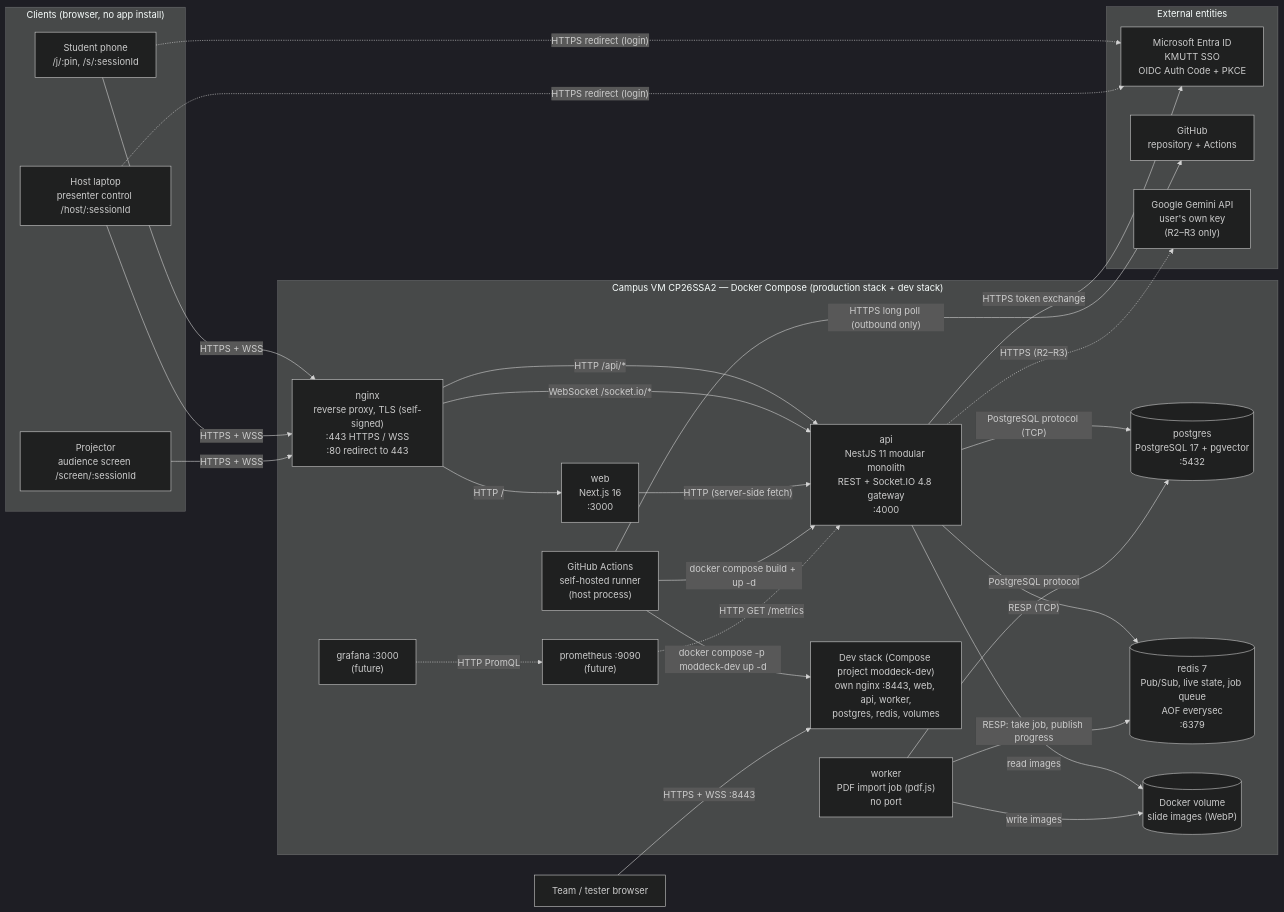
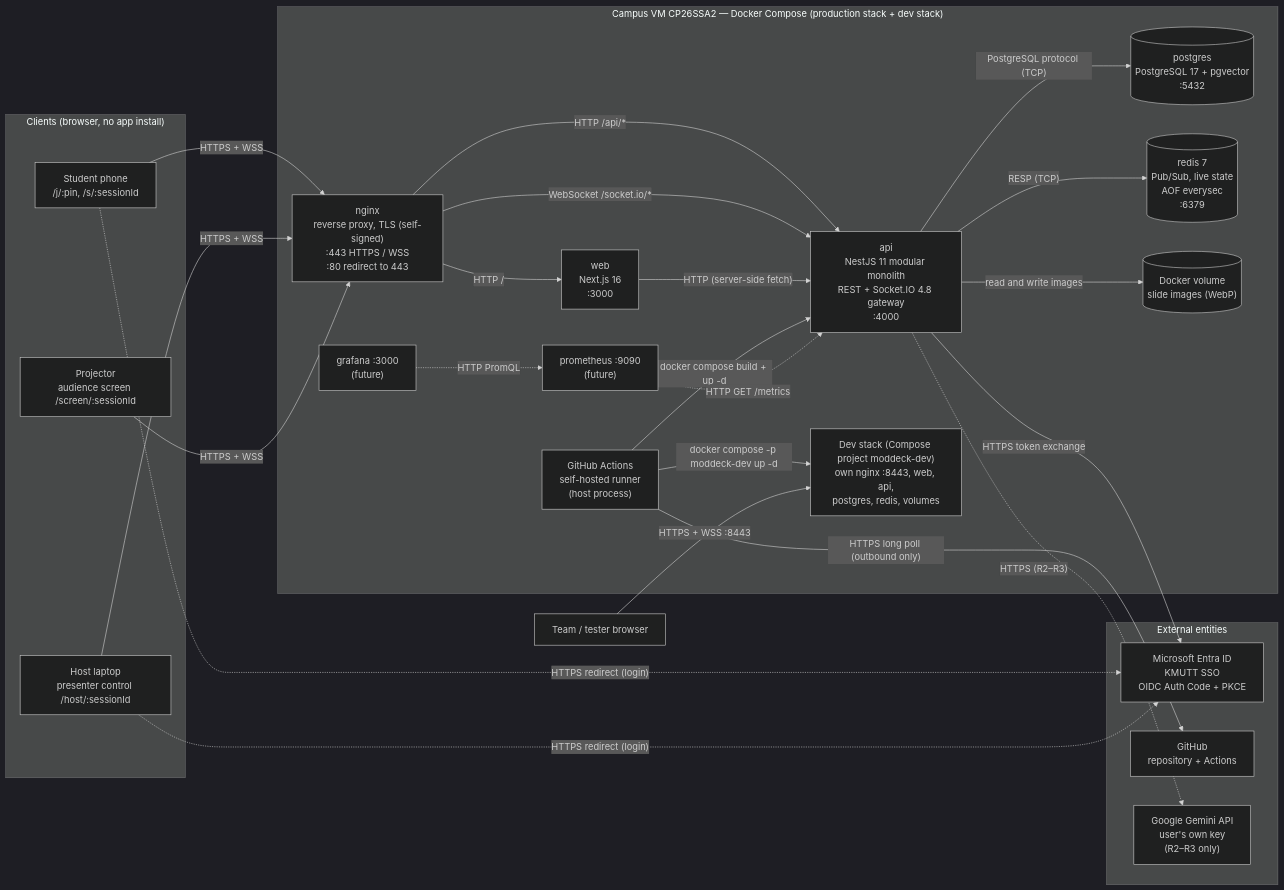
Before and after one commit to lnwwaveza007/ModDeck: the first of 9 diagrams in docs/exam02/technical-design.md, drawn with Mermaid (dark theme). The commit also changed other lines of this file and 2 other files, not shown here.

Commit message:
chore: add Exam02 visual design page and drop the worker container

````diff
--- a/docs/exam02/technical-design.md
+++ b/docs/exam02/technical-design.md
@@ -42,56 +42,52 @@
 ```mermaid
 flowchart LR
     subgraph Clients["Clients (browser, no app install)"]
         Phone["Student phone<br/>/j/:pin, /s/:sessionId"]
         Laptop["Host laptop<br/>presenter control /host/:sessionId"]
         Projector["Projector<br/>audience screen /screen/:sessionId"]
     end
 
     subgraph External["External entities"]
         Entra["Microsoft Entra ID<br/>KMUTT SSO<br/>OIDC Auth Code + PKCE"]
         GitHub["GitHub<br/>repository + Actions"]
         Gemini["Google Gemini API<br/>user's own key<br/>(R2–R3 only)"]
     end
 
     subgraph Host["Campus VM CP26SSA2 — Docker Compose (production stack + dev stack)"]
         Nginx["nginx<br/>reverse proxy, TLS (self-signed)<br/>:443 HTTPS / WSS<br/>:80 redirect to 443"]
         Web["web<br/>Next.js 16<br/>:3000"]
         Api["api<br/>NestJS 11 modular monolith<br/>REST + Socket.IO 4.8 gateway<br/>:4000"]
-        Worker["worker<br/>PDF import job (pdf.js)<br/>no port"]
         PG[("postgres<br/>PostgreSQL 17 + pgvector<br/>:5432")]
-        Redis[("redis 7<br/>Pub/Sub, live state, job queue<br/>AOF everysec<br/>:6379")]
+        Redis[("redis 7<br/>Pub/Sub, live state<br/>AOF everysec<br/>:6379")]
         Files[("Docker volume<br/>slide images (WebP)")]
         Runner["GitHub Actions<br/>self-hosted runner<br/>(host process)"]
         Prom["prometheus :9090<br/>(future)"]
         Graf["grafana :3000<br/>(future)"]
-        DevStack["Dev stack (Compose project moddeck-dev)<br/>own nginx :8443, web, api, worker,<br/>postgres, redis, volumes"]
+        DevStack["Dev stack (Compose project moddeck-dev)<br/>own nginx :8443, web, api,<br/>postgres, redis, volumes"]
     end
 
     Phone -->|"HTTPS + WSS"| Nginx
     Laptop -->|"HTTPS + WSS"| Nginx
     Projector -->|"HTTPS + WSS"| Nginx
     Phone -.->|"HTTPS redirect (login)"| Entra
     Laptop -.->|"HTTPS redirect (login)"| Entra
 
     Nginx -->|"HTTP  /"| Web
     Nginx -->|"HTTP  /api/*"| Api
     Nginx -->|"WebSocket  /socket.io/*"| Api
     Web -->|"HTTP (server-side fetch)"| Api
 
     Api -->|"HTTPS token exchange"| Entra
     Api -->|"PostgreSQL protocol (TCP)"| PG
     Api -->|"RESP (TCP)"| Redis
-    Api -->|"read images"| Files
-    Worker -->|"RESP: take job, publish progress"| Redis
-    Worker -->|"PostgreSQL protocol"| PG
-    Worker -->|"write images"| Files
+    Api -->|"read and write images"| Files
     Api -.->|"HTTPS (R2–R3)"| Gemini
 
     Runner -->|"HTTPS long poll (outbound only)"| GitHub
     Runner -->|"docker compose build + up -d"| Api
     Runner -->|"docker compose -p moddeck-dev up -d"| DevStack
     Tester["Team / tester browser"] -->|"HTTPS + WSS :8443"| DevStack
 
     Prom -.->|"HTTP GET /metrics"| Api
     Graf -.->|"HTTP PromQL"| Prom
 ```
````
